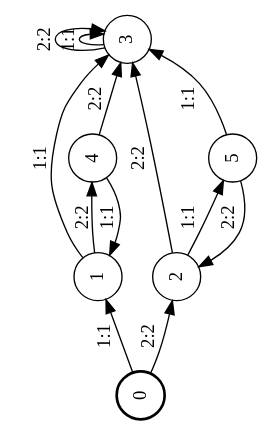
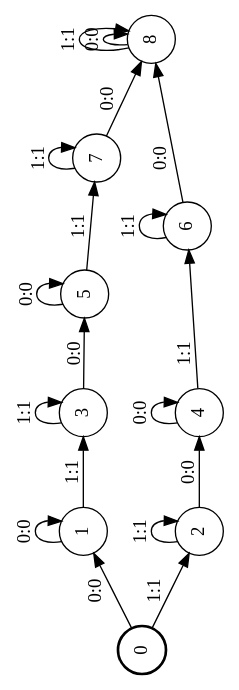
The diagram in src/main/java/com/github/elliottuck/sbfst/binary.dot (ElliotTuck/SBFST), drawn with Graphviz before and after one commit. The commit also changed 4 other files, not shown here.

```diff
--- a/src/main/java/com/github/elliottuck/sbfst/binary.dot
+++ b/src/main/java/com/github/elliottuck/sbfst/binary.dot
@@ -1,27 +1,36 @@
 digraph FST {
 rankdir = LR;
 size = "8.5,11";
 label = "";
 center = 1;
 orientation = Landscape;
 ranksep = "0.4";
 nodesep = "0.25";
 0 [label = "0", shape = circle, style = bold, fontsize = 14]
-	0 -> 1 [label = "1:1", fontsize = 14];
-	0 -> 2 [label = "2:2", fontsize = 14];
+	0 -> 1 [label = "0:0", fontsize = 14];
+	0 -> 2 [label = "1:1", fontsize = 14];
 1 [label = "1", shape = circle, style = solid, fontsize = 14]
+	1 -> 1 [label = "0:0", fontsize = 14];
 	1 -> 3 [label = "1:1", fontsize = 14];
-	1 -> 4 [label = "2:2", fontsize = 14];
 2 [label = "2", shape = circle, style = solid, fontsize = 14]
-	2 -> 5 [label = "1:1", fontsize = 14];
-	2 -> 3 [label = "2:2", fontsize = 14];
+	2 -> 4 [label = "0:0", fontsize = 14];
+	2 -> 2 [label = "1:1", fontsize = 14];
 3 [label = "3", shape = circle, style = solid, fontsize = 14]
+	3 -> 5 [label = "0:0", fontsize = 14];
 	3 -> 3 [label = "1:1", fontsize = 14];
-	3 -> 3 [label = "2:2", fontsize = 14];
 4 [label = "4", shape = circle, style = solid, fontsize = 14]
-	4 -> 1 [label = "1:1", fontsize = 14];
-	4 -> 3 [label = "2:2", fontsize = 14];
+	4 -> 4 [label = "0:0", fontsize = 14];
+	4 -> 6 [label = "1:1", fontsize = 14];
 5 [label = "5", shape = circle, style = solid, fontsize = 14]
-	5 -> 3 [label = "1:1", fontsize = 14];
-	5 -> 2 [label = "2:2", fontsize = 14];
+	5 -> 5 [label = "0:0", fontsize = 14];
+	5 -> 7 [label = "1:1", fontsize = 14];
+6 [label = "6", shape = circle, style = solid, fontsize = 14]
+	6 -> 8 [label = "0:0", fontsize = 14];
+	6 -> 6 [label = "1:1", fontsize = 14];
+7 [label = "7", shape = circle, style = solid, fontsize = 14]
+	7 -> 8 [label = "0:0", fontsize = 14];
+	7 -> 7 [label = "1:1", fontsize = 14];
+8 [label = "8", shape = circle, style = solid, fontsize = 14]
+	8 -> 8 [label = "0:0", fontsize = 14];
+	8 -> 8 [label = "1:1", fontsize = 14];
 }
```
